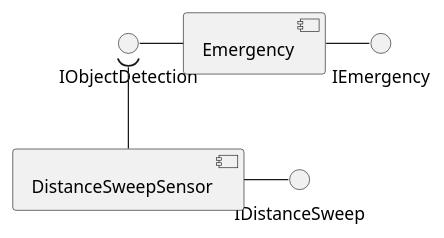
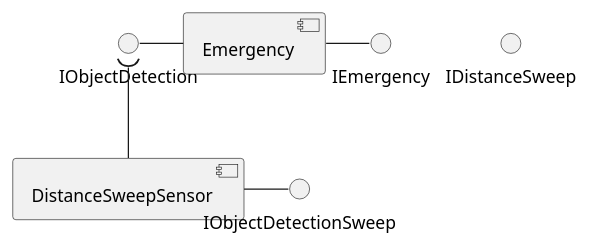
One commit to jvisch/jvr changed the diagram in design/components.design.plantuml. Above: the diagram before and after it, drawn with PlantUML. The commit also changed 3 other files, not shown here.

```diff
--- a/design/components.design.plantuml
+++ b/design/components.design.plantuml
@@ -1,20 +1,20 @@
 @startuml Component Design
 
 ' interfaces
 interface IObjectDetection
 interface IDistanceSweep
 interface IEmergency
 
 ' components
 component Emergency
 component DistanceSweepSensor
 
 ' Component Emergency
 Emergency -left- IObjectDetection
 Emergency -right- IEmergency
 
 ' Component DistanceSweepSensor
 DistanceSweepSensor -up-( IObjectDetection
-DistanceSweepSensor -right- IDistanceSweep
+DistanceSweepSensor -right- IObjectDetectionSweep
 
 @enduml
```
